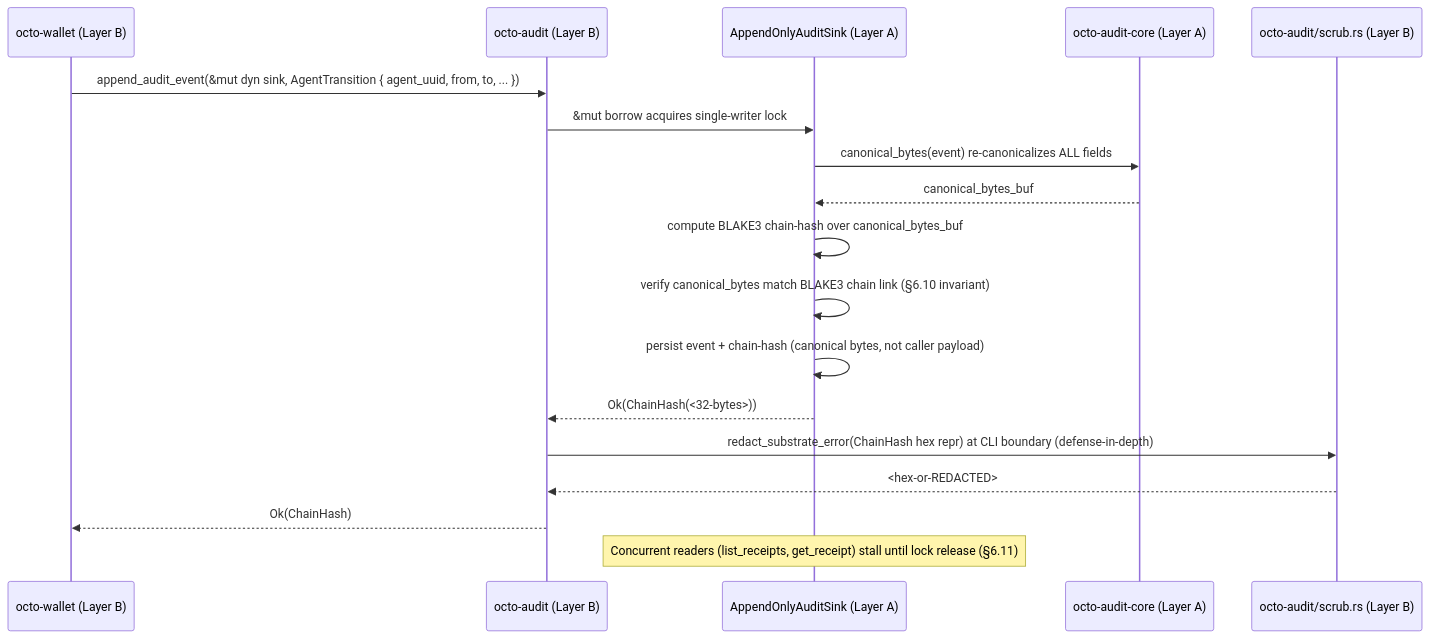
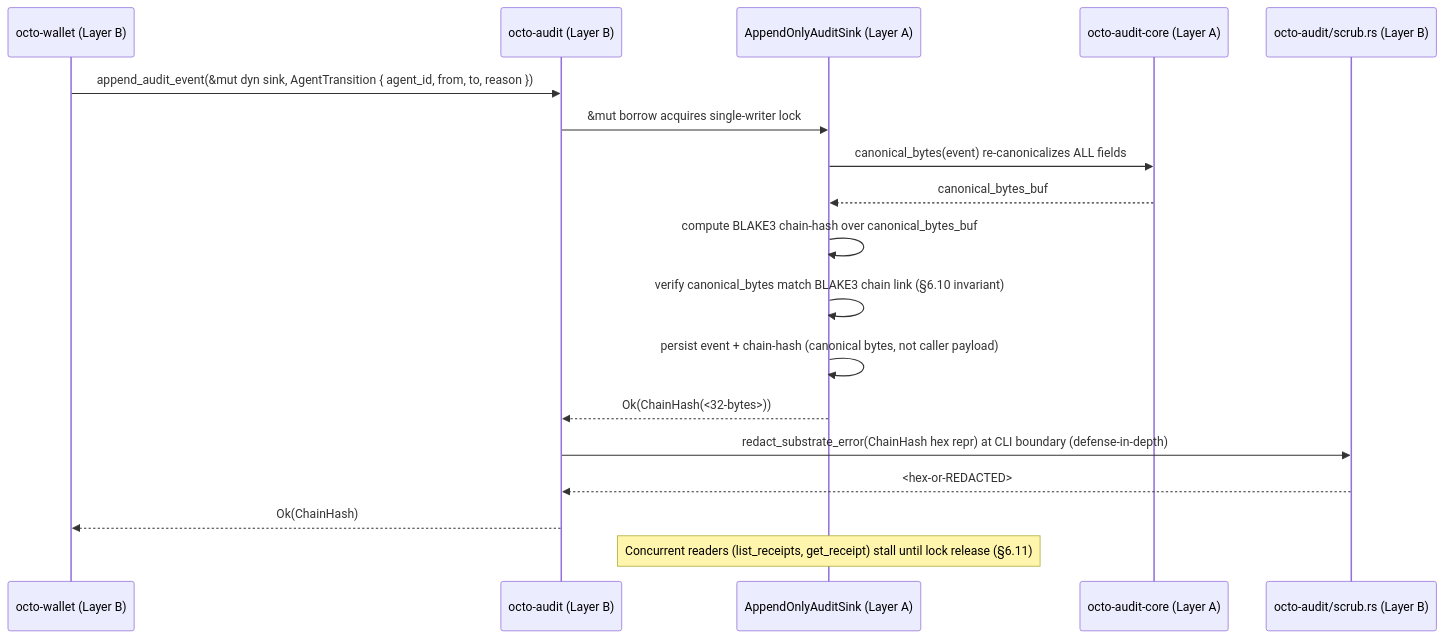
One commit to CipherOcto/cipherocto changed the diagram in rfcs/draft/process/0016-a-audit-receipt-write-path.md. Above: the diagram before and after it, drawn with Mermaid. The commit also changed other lines of this file and 1 other file, not shown here.

````diff
--- a/rfcs/draft/process/0016-a-audit-receipt-write-path.md
+++ b/rfcs/draft/process/0016-a-audit-receipt-write-path.md
@@ -606,21 +606,21 @@
 ```mermaid
 sequenceDiagram
     participant Wallet as octo-wallet (Layer B)
     participant Aud as octo-audit (Layer B)
     participant Sink as AppendOnlyAuditSink (Layer A)
     participant Core as octo-audit-core (Layer A)
     participant Scrub as octo-audit/scrub.rs (Layer B)
 
-    Wallet->>Aud: append_audit_event(&mut dyn sink, AgentTransition { agent_uuid, from, to, ... })
+    Wallet->>Aud: append_audit_event(&mut dyn sink, AgentTransition { agent_id, from, to, reason })
     Aud->>Sink: &mut borrow acquires single-writer lock
     Sink->>Core: canonical_bytes(event) re-canonicalizes ALL fields
     Core-->>Sink: canonical_bytes_buf
     Sink->>Sink: compute BLAKE3 chain-hash over canonical_bytes_buf
     Sink->>Sink: verify canonical_bytes match BLAKE3 chain link (§6.10 invariant)
     Sink->>Sink: persist event + chain-hash (canonical bytes, not caller payload)
     Sink-->>Aud: Ok(ChainHash(<32-bytes>))
     Aud->>Scrub: redact_substrate_error(ChainHash hex repr) at CLI boundary (defense-in-depth)
     Scrub-->>Aud: <hex-or-REDACTED>
     Aud-->>Wallet: Ok(ChainHash)
     Note over Sink: Concurrent readers (list_receipts, get_receipt) stall until lock release (§6.11)
 ```
````
